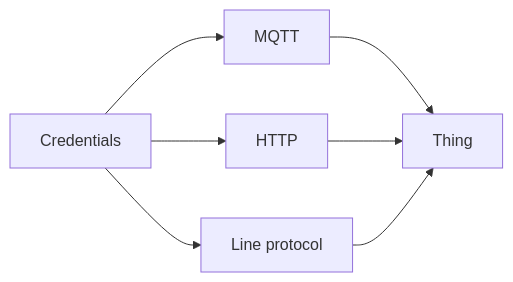
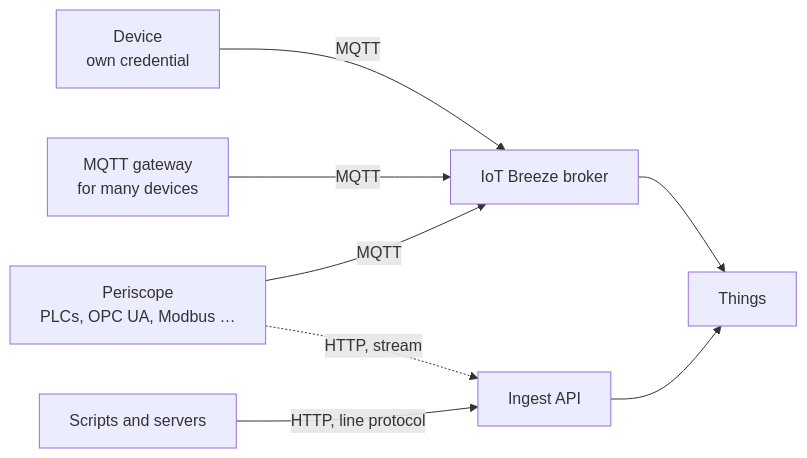
Before and after one commit to nimbit-platform/nimbit-docs: the diagram in docs/connect/index.mdx, drawn with Mermaid. The commit also changed other lines of this file and 8 other files, not shown here.

````diff
--- a/docs/connect/index.mdx
+++ b/docs/connect/index.mdx
@@ -12,9 +12,10 @@
 ```mermaid
 flowchart LR
-  C[Credentials] --> M[MQTT]
-  C --> H[HTTP]
-  C --> L[Line protocol]
-  M --> T[Thing]
-  H --> T
-  L --> T
+  D["Device<br/>own credential"] -- MQTT --> B[IoT Breeze broker]
+  G["MQTT gateway<br/>for many devices"] -- MQTT --> B
+  P["Periscope<br/>PLCs, OPC UA, Modbus …"] -- MQTT --> B
+  P -. "HTTP, stream" .-> I
+  S["Scripts and servers"] -- "HTTP, line protocol" --> I[Ingest API]
+  B --> T[Things]
+  I --> T
 ```
````
